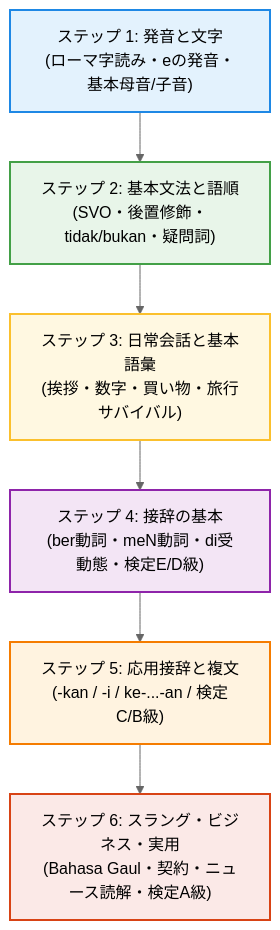
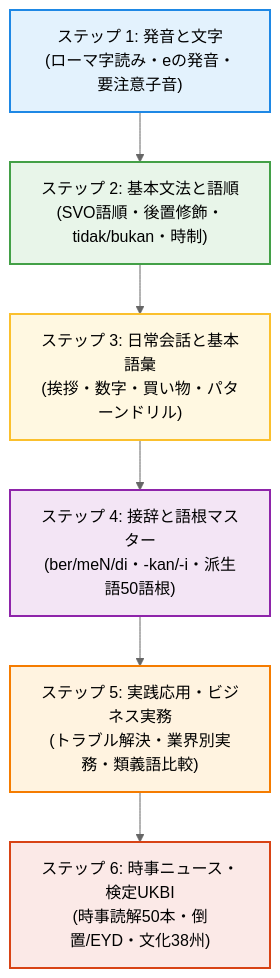
One commit to Makoto-SMD/bahasa_indonesia_web changed the diagram in docs/index.md. Above: the diagram before and after it, drawn with Mermaid (neutral theme). The commit also changed other lines of this file and 4 other files, not shown here.

````diff
--- a/docs/index.md
+++ b/docs/index.md
@@ -87,15 +182,15 @@
 ```mermaid
 graph TD
-    A["ステップ 1: 発音と文字<br/>(ローマ字読み・eの発音・基本母音/子音)"] --> B["ステップ 2: 基本文法と語順<br/>(SVO・後置修飾・tidak/bukan・疑問詞)"]
-    B --> C["ステップ 3: 日常会話と基本語彙<br/>(挨拶・数字・買い物・旅行サバイバル)"]
-    C --> D["ステップ 4: 接辞の基本<br/>(ber動詞・meN動詞・di受動態・検定E/D級)"]
-    D --> E["ステップ 5: 応用接辞と複文<br/>(-kan / -i / ke-...-an / 検定C/B級)"]
-    E --> F["ステップ 6: スラング・ビジネス・実用<br/>(Bahasa Gaul・契約・ニュース読解・検定A級)"]
+    A["ステップ 1: 発音と文字<br/>(ローマ字読み・eの発音・要注意子音)"] --> B["ステップ 2: 基本文法と語順<br/>(SVO語順・後置修飾・tidak/bukan・時制)"]
+    B --> C["ステップ 3: 日常会話と基本語彙<br/>(挨拶・数字・買い物・パターンドリル)"]
+    C --> D["ステップ 4: 接辞と語根マスター<br/>(ber/meN/di・-kan/-i・派生語50語根)"]
+    D --> E["ステップ 5: 実践応用・ビジネス実務<br/>(トラブル解決・業界別実務・類義語比較)"]
+    E --> F["ステップ 6: 時事ニュース・検定UKBI<br/>(時事読解50本・倒置/EYD・文化38州)"]
 
     style A fill:#e3f2fd,stroke:#1e88e5,stroke-width:2px
     style B fill:#e8f5e9,stroke:#43a047,stroke-width:2px
     style C fill:#fff8e1,stroke:#fbc02d,stroke-width:2px
     style D fill:#f3e5f5,stroke:#8e24aa,stroke-width:2px
     style E fill:#fff3e0,stroke:#f57c00,stroke-width:2px
     style F fill:#fbe9e7,stroke:#d84315,stroke-width:2px
 ```
````
